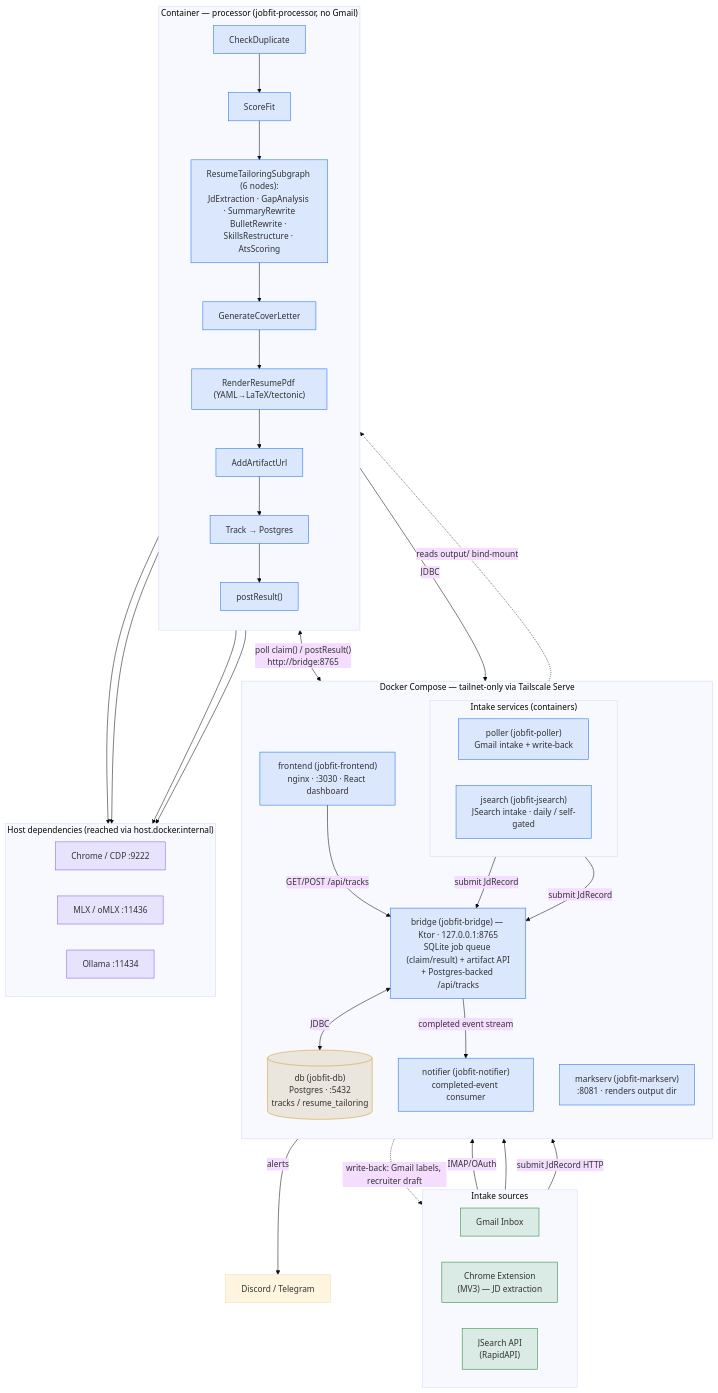
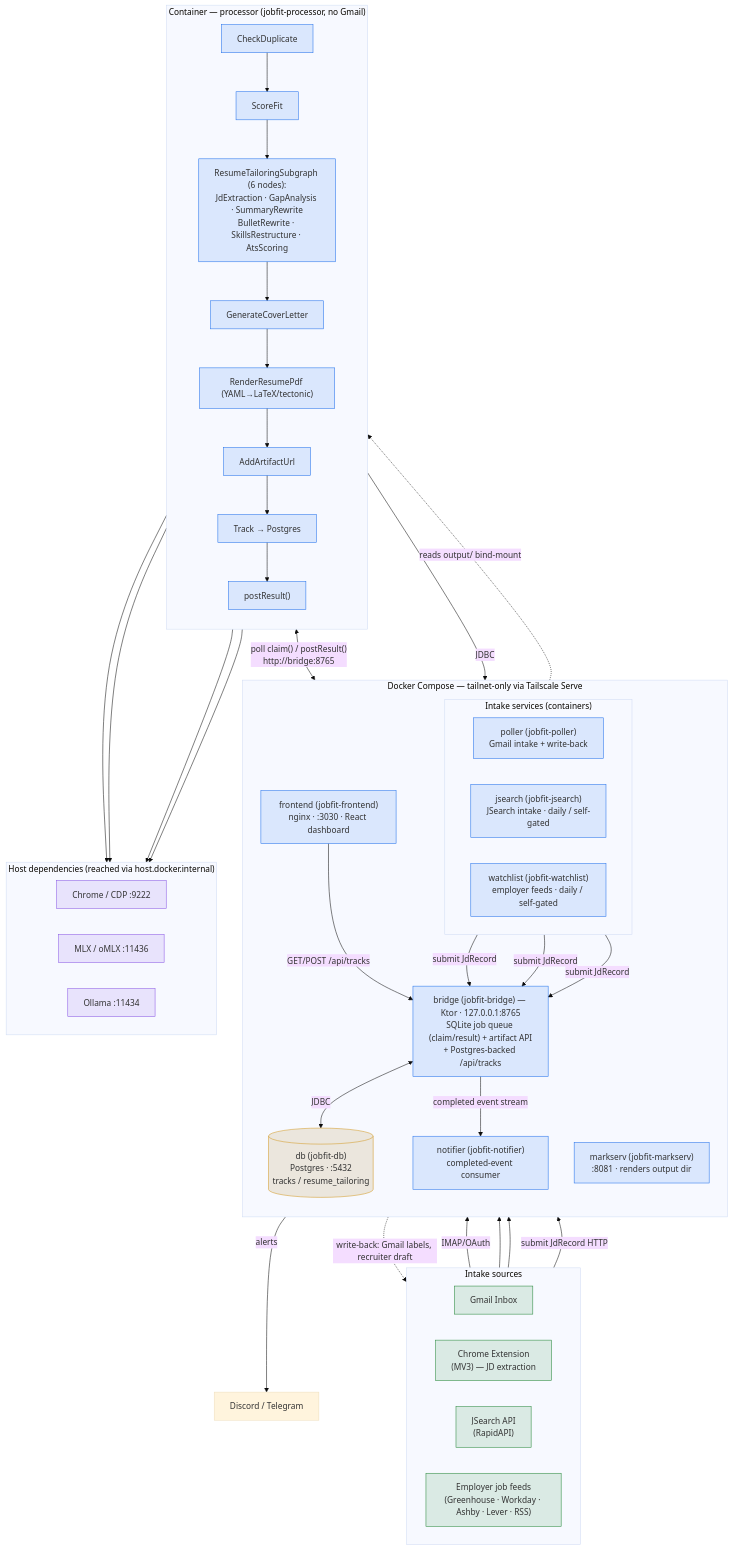
Before and after one commit to dkkyai/job-fit-apply-ai: the diagram in README.md, drawn with Mermaid (base theme). The commit also changed other lines of this file and 60 other files, not shown here.

First line of the commit message:
feat(watchlist): daily employer job-feed intake service

````diff
--- a/README.md
+++ b/README.md
@@ -18,6 +18,7 @@
         GM["Gmail Inbox"]
         EXT["Chrome Extension<br/>(MV3) — JD extraction"]
         JS_API["JSearch API<br/>(RapidAPI)"]
+        ATS["Employer job feeds<br/>(Greenhouse · Workday · Ashby · Lever · RSS)"]
     end
 
     %% ---------------- Docker Compose ----------------
@@ -28,6 +29,7 @@
             direction LR
             POLLER["poller (jobfit-poller)<br/>Gmail intake + write-back"]
             JSEARCH["jsearch (jobfit-jsearch)<br/>JSearch intake · daily / self-gated"]
+            WATCHLIST["watchlist (jobfit-watchlist)<br/>employer feeds · daily / self-gated"]
         end
 
         BRIDGE["bridge (jobfit-bridge) — Ktor · 127.0.0.1:8765<br/>SQLite job queue (claim/result) + artifact API<br/>+ Postgres-backed /api/tracks"]
@@ -61,9 +63,11 @@
     %% ---------------- Edges ----------------
     GM -->|IMAP/OAuth| POLLER
     JS_API --> JSEARCH
+    ATS --> WATCHLIST
     EXT -->|submit JdRecord HTTP| BRIDGE
     POLLER -->|submit JdRecord| BRIDGE
     JSEARCH -->|submit JdRecord| BRIDGE
+    WATCHLIST -->|submit JdRecord| BRIDGE
 
     N1 <-->|"poll claim() / postResult()<br/>http://bridge:8765"| BRIDGE
     N7 -->|JDBC| DB
@@ -84,8 +88,8 @@
     classDef host fill:#8957e522,stroke:#8957e5;
     classDef src fill:#23863622,stroke:#238636;
     classDef store fill:#9e6a0322,stroke:#d29922;
-    class POLLER,JSEARCH,BRIDGE,FRONT,MARK,NOTIFIER,N1,N2,N3,N4,N5,N6,N7,N8 container;
+    class POLLER,JSEARCH,WATCHLIST,BRIDGE,FRONT,MARK,NOTIFIER,N1,N2,N3,N4,N5,N6,N7,N8 container;
     class CDP,MLX,OLL host;
-    class GM,EXT,JS_API src;
+    class GM,EXT,JS_API,ATS src;
     class DB store;
 ```
````
